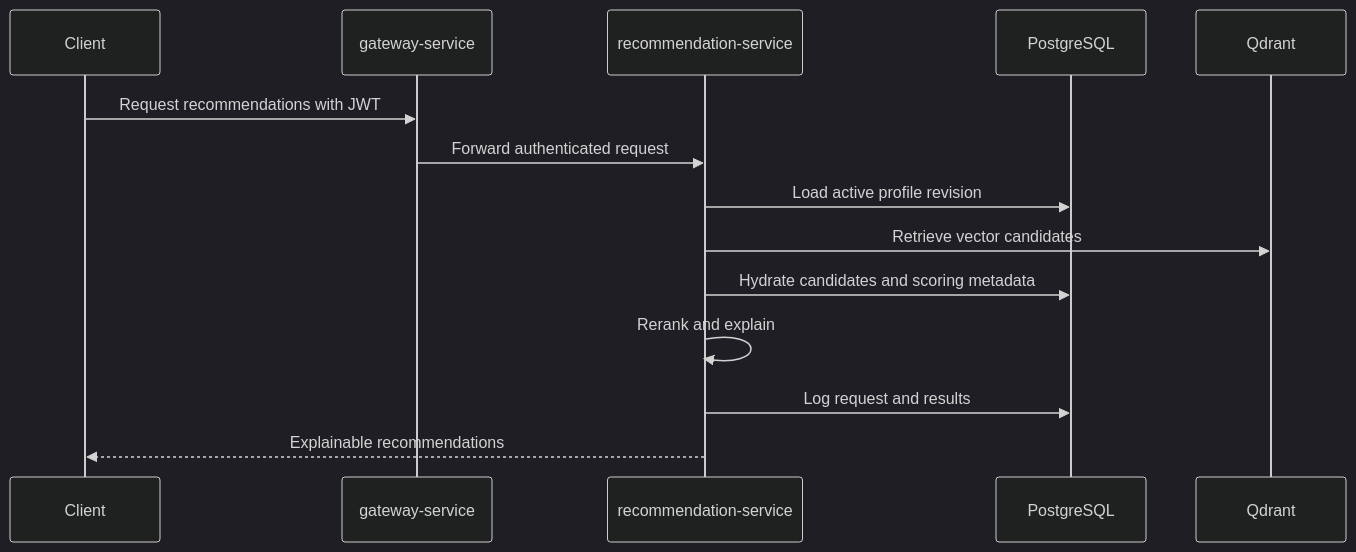
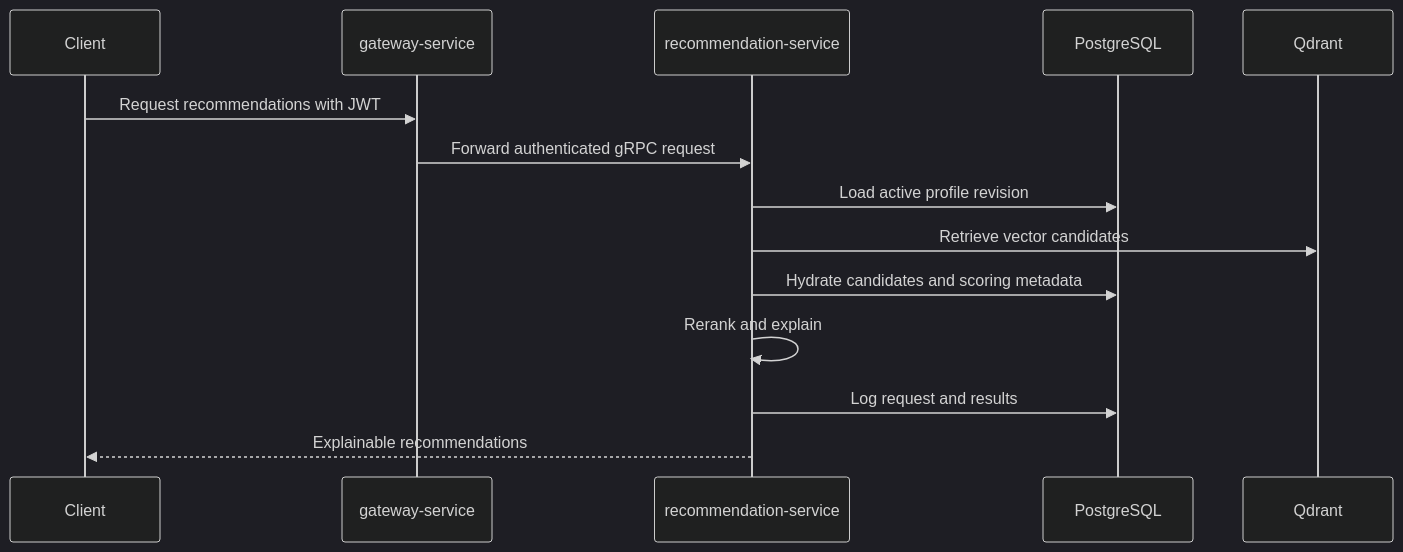
Before and after one commit to SKKU-Tamer-Captstone-26-1/recommendation-service: the second of 2 diagrams in docs/architecture.md, drawn with Mermaid (dark theme). The commit also changed other lines of this file and 46 other files, not shown here.

````diff
--- a/docs/architecture.md
+++ b/docs/architecture.md
@@ -129,17 +133,17 @@
 ```mermaid
 sequenceDiagram
     participant Client
     participant Gateway as gateway-service
     participant Recs as recommendation-service
     participant PG as PostgreSQL
     participant Q as Qdrant
 
     Client->>Gateway: Request recommendations with JWT
-    Gateway->>Recs: Forward authenticated request
+    Gateway->>Recs: Forward authenticated gRPC request
     Recs->>PG: Load active profile revision
     Recs->>Q: Retrieve vector candidates
     Recs->>PG: Hydrate candidates and scoring metadata
     Recs->>Recs: Rerank and explain
     Recs->>PG: Log request and results
     Recs-->>Client: Explainable recommendations
 ```
````
